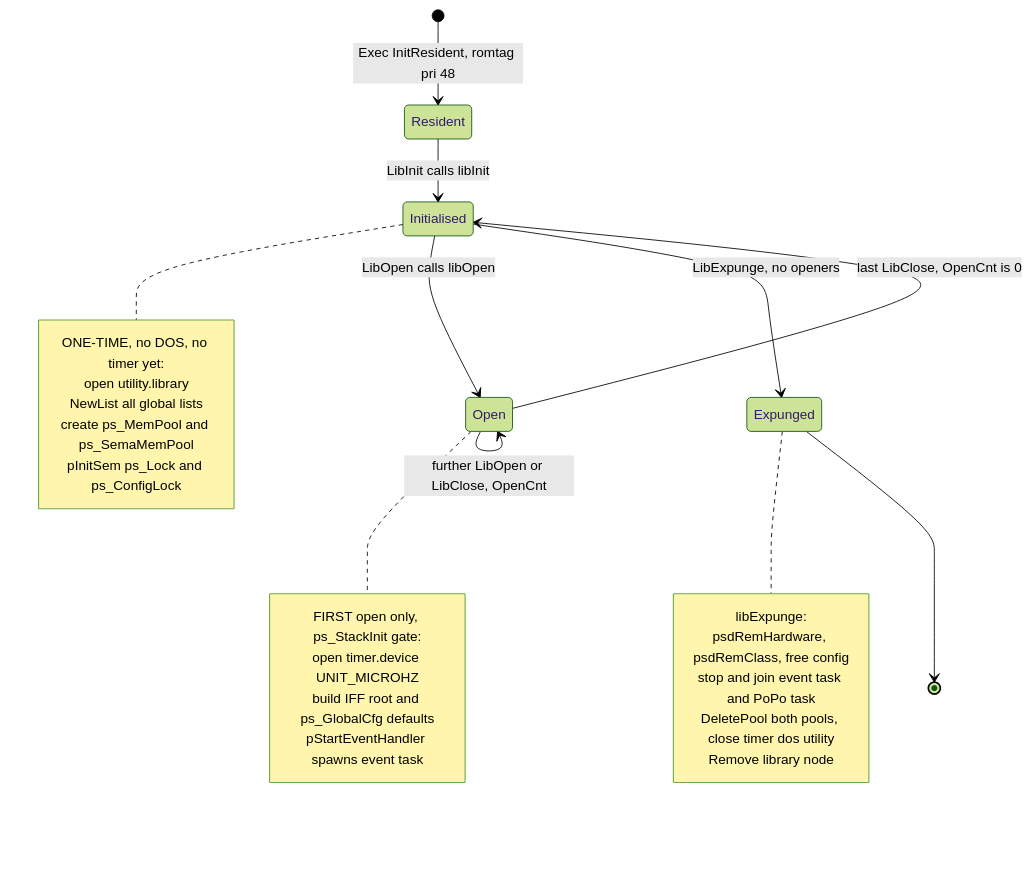
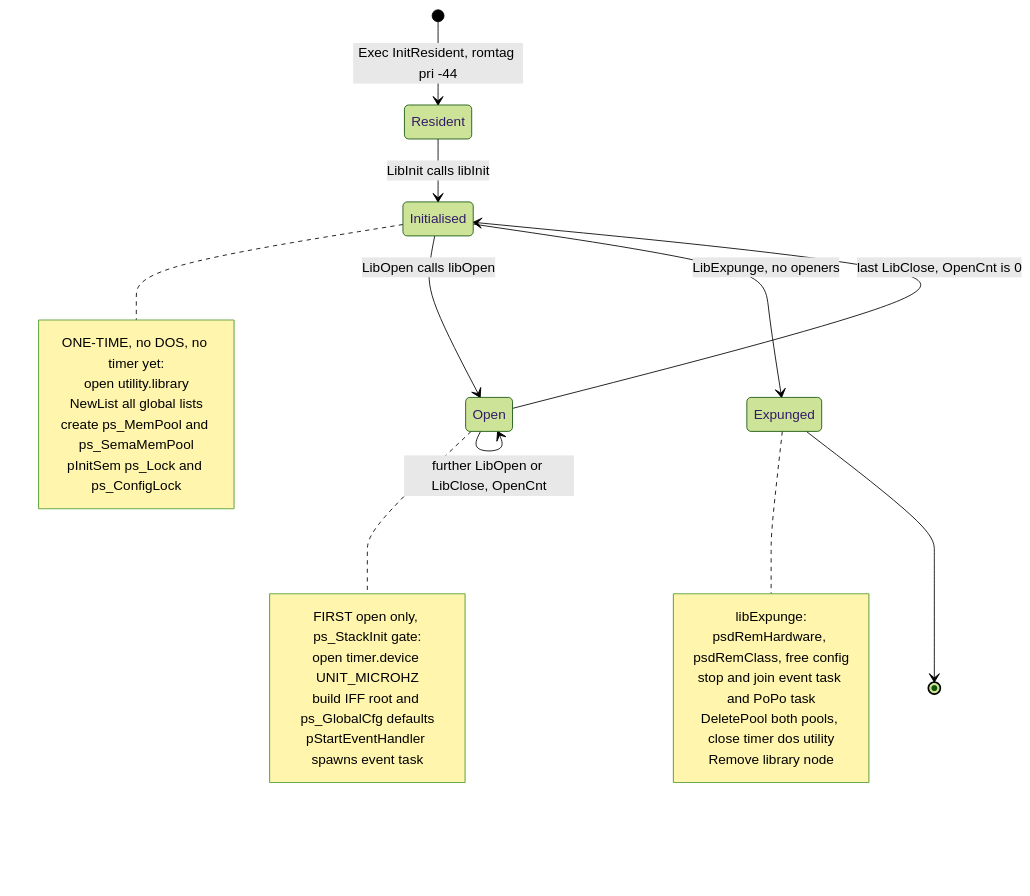
One commit to rondoval/poseidon-backport changed the second of 17 diagrams in docs/poseidon.library-architecture.md. Above: the diagram before and after it, drawn with Mermaid (forest theme). The commit also changed other lines of this file and 7 other files, not shown here.

````diff
--- a/docs/poseidon.library-architecture.md
+++ b/docs/poseidon.library-architecture.md
@@ -143,32 +145,32 @@
 ```mermaid
 stateDiagram-v2
-    [*] --> Resident: Exec InitResident, romtag pri 48
+    [*] --> Resident: Exec InitResident, romtag pri -44
     Resident --> Initialised: LibInit calls libInit
     note right of Initialised
       ONE-TIME, no DOS, no timer yet:
       open utility.library
       NewList all global lists
       create ps_MemPool and ps_SemaMemPool
       pInitSem ps_Lock and ps_ConfigLock
     end note
 
     Initialised --> Open: LibOpen calls libOpen
     note right of Open
       FIRST open only, ps_StackInit gate:
       open timer.device UNIT_MICROHZ
       build IFF root and ps_GlobalCfg defaults
       pStartEventHandler spawns event task
     end note
 
     Open --> Open: further LibOpen or LibClose, OpenCnt
     Open --> Initialised: last LibClose, OpenCnt is 0
     Initialised --> Expunged: LibExpunge, no openers
     note right of Expunged
       libExpunge:
       psdRemHardware, psdRemClass, free config
       stop and join event task and PoPo task
       DeletePool both pools, close timer dos utility
       Remove library node
     end note
     Expunged --> [*]
 ```
````
